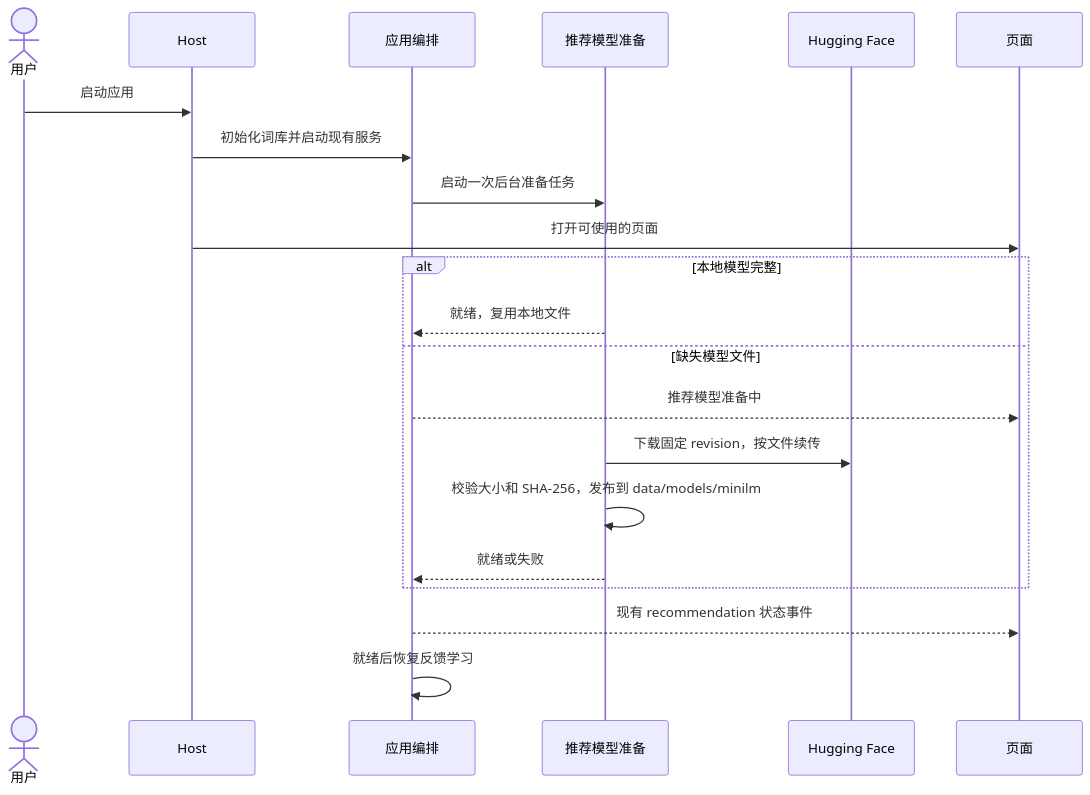
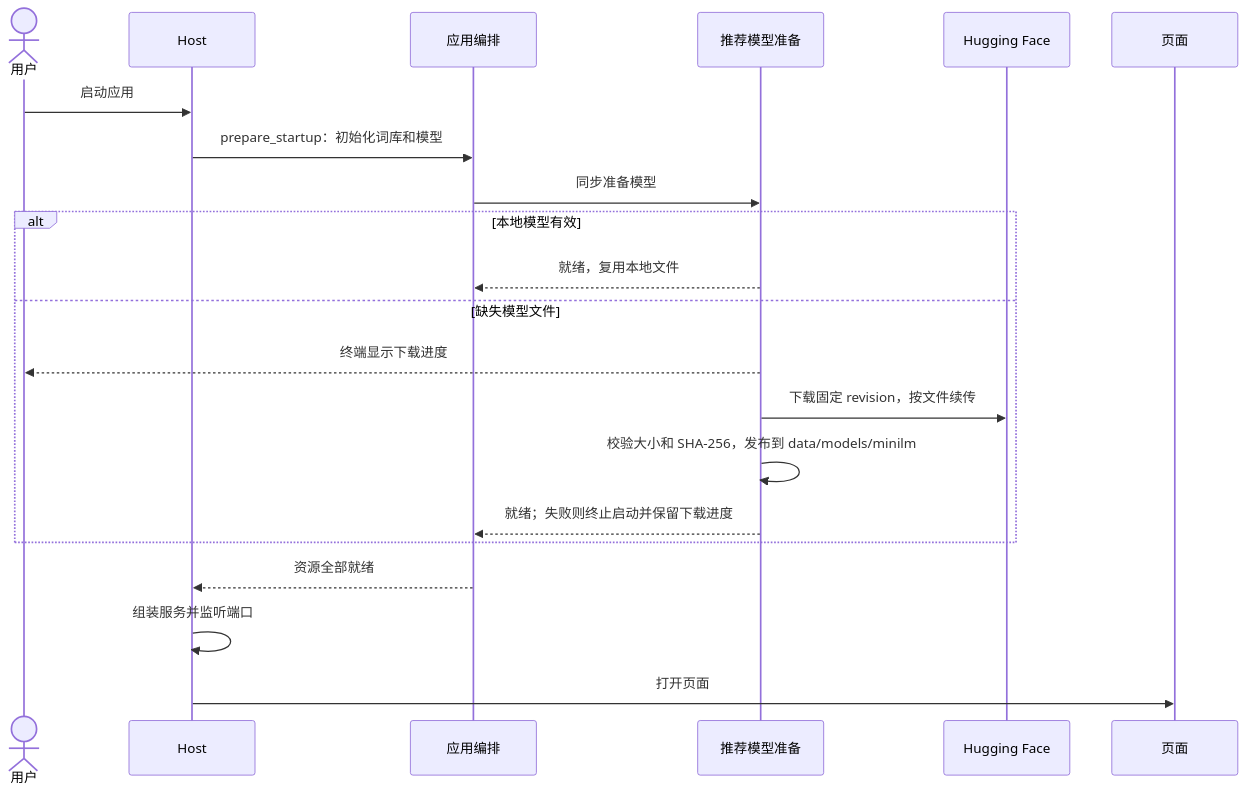
The second of 2 diagrams in docs/dev/issues/minilm-startup-download.md (Lykr/pictide), drawn with Mermaid before and after one commit. The commit also changed other lines of this file and 37 other files, not shown here.

````diff
--- a/docs/dev/issues/minilm-startup-download.md
+++ b/docs/dev/issues/minilm-startup-download.md
@@ -31,23 +31,23 @@
 ```mermaid
 sequenceDiagram
   actor User as 用户
   participant Host as Host
   participant App as 应用编排
   participant Model as 推荐模型准备
   participant Hub as Hugging Face
   participant UI as 页面
   User->>Host: 启动应用
-  Host->>App: 初始化词库并启动现有服务
-  App->>Model: 启动一次后台准备任务
-  Host->>UI: 打开可使用的页面
-  alt 本地模型完整
+  Host->>App: prepare_startup：初始化词库和模型
+  App->>Model: 同步准备模型
+  alt 本地模型有效
     Model-->>App: 就绪，复用本地文件
   else 缺失模型文件
-    App-->>UI: 推荐模型准备中
+    Model-->>User: 终端显示下载进度
     Model->>Hub: 下载固定 revision，按文件续传
     Model->>Model: 校验大小和 SHA-256，发布到 data/models/minilm
-    Model-->>App: 就绪或失败
+    Model-->>App: 就绪；失败则终止启动并保留下载进度
   end
-  App-->>UI: 现有 recommendation 状态事件
-  App->>App: 就绪后恢复反馈学习
+  App-->>Host: 资源全部就绪
+  Host->>Host: 组装服务并监听端口
+  Host->>UI: 打开页面
 ```
````
